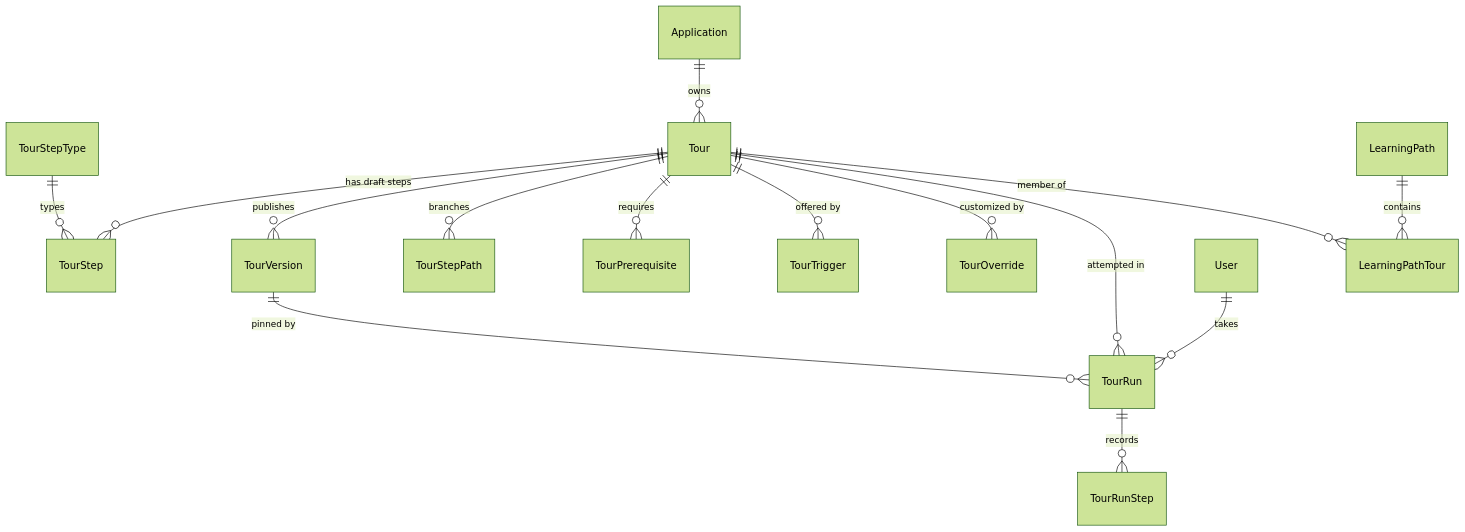
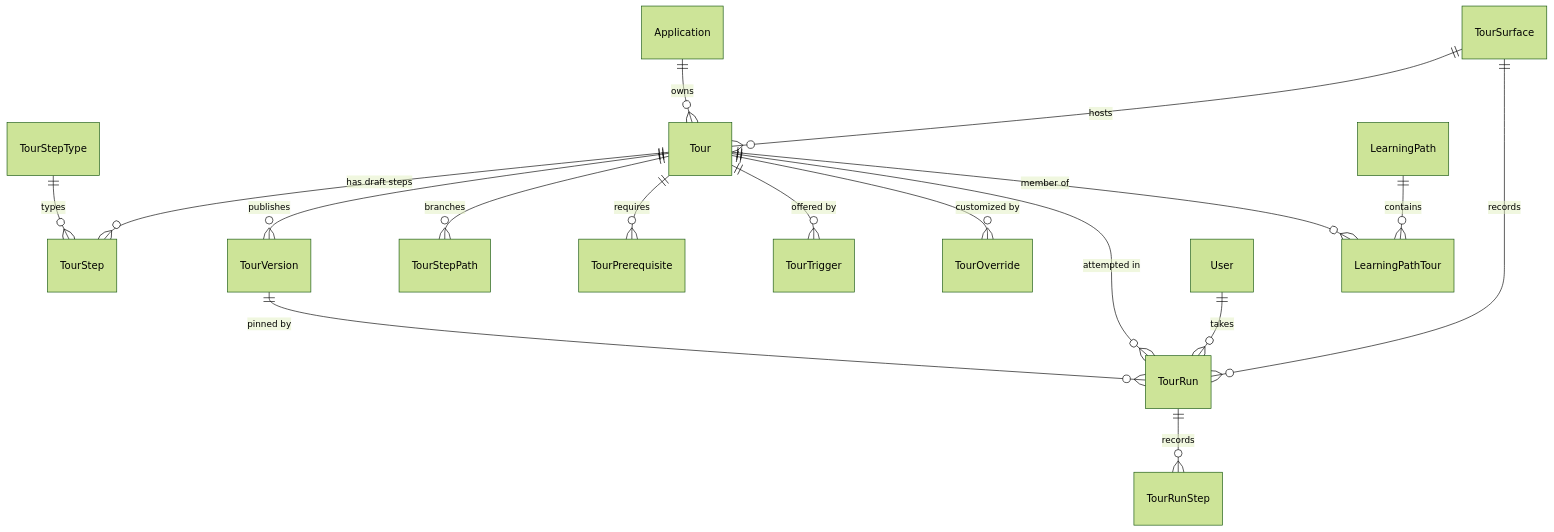
One commit to MemberJunction/MJ changed the second of 4 diagrams in plans/guided-tours.md. Above: the diagram before and after it, drawn with Mermaid (forest theme). The commit also changed other lines of this file, not shown here.

````diff
--- a/plans/guided-tours.md
+++ b/plans/guided-tours.md
@@ -300,17 +439,19 @@
 ```mermaid
 erDiagram
     TourStepType ||--o{ TourStep : "types"
     Tour ||--o{ TourStep : "has draft steps"
     Tour ||--o{ TourVersion : "publishes"
     Tour ||--o{ TourStepPath : "branches"
     Tour ||--o{ TourPrerequisite : "requires"
     Tour ||--o{ TourTrigger : "offered by"
     Tour ||--o{ TourOverride : "customized by"
     Tour ||--o{ TourRun : "attempted in"
     LearningPath ||--o{ LearningPathTour : "contains"
     Tour ||--o{ LearningPathTour : "member of"
     TourVersion ||--o{ TourRun : "pinned by"
     TourRun ||--o{ TourRunStep : "records"
     User ||--o{ TourRun : "takes"
     Application ||--o{ Tour : "owns"
+    TourSurface ||--o{ Tour : "hosts"
+    TourSurface ||--o{ TourRun : "records"
 ```
````
